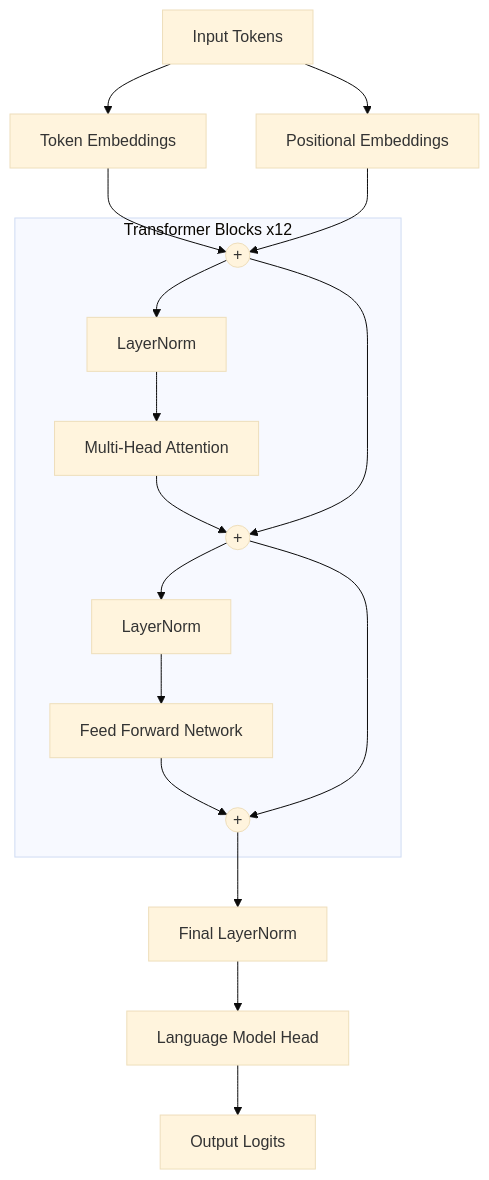
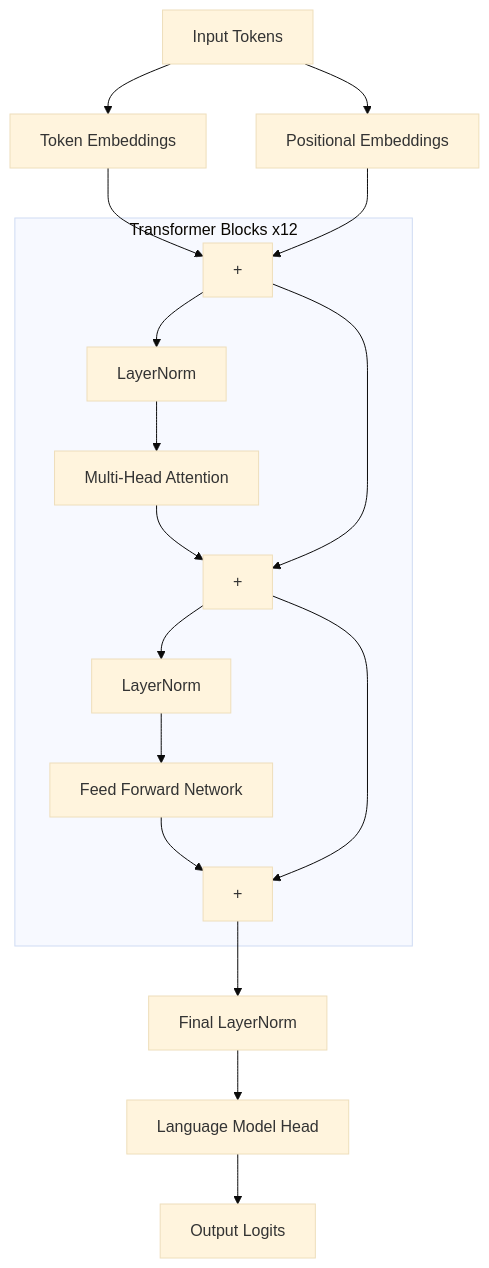
Before and after one commit to prateekcaire/GPT2-VictorianStories: the first of 4 diagrams in victorian-stories-gpt/README.md, drawn with Mermaid (base theme).

Commit message:
fix model architecture

````diff
--- a/victorian-stories-gpt/README.md
+++ b/victorian-stories-gpt/README.md
@@ -45,38 +45,39 @@
 ```mermaid
 flowchart TB
     Input[Input Tokens]
     TokenEmb[Token Embeddings]
     PosEmb[Positional Embeddings]
-    Add1((+))
+    Add1["+"]
     
     Input --> TokenEmb
     Input --> PosEmb
     TokenEmb --> Add1
     PosEmb --> Add1
     
     subgraph TransformerBlock[Transformer Blocks x12]
         LN1[LayerNorm]
         MHA[Multi-Head Attention]
-        Add2((+))
+        Add2["+"]
         LN2[LayerNorm]
         FFN[Feed Forward Network]
-        Add3((+))
+        Add3["+"]
         
         Add1 --> LN1
         LN1 --> MHA
         MHA --> Add2
-        Add1 --> Add2
+        Add1 ---> Add2
         Add2 --> LN2
         LN2 --> FFN
         FFN --> Add3
-        Add2 --> Add3
+        Add2 ---> Add3
     end
     
     FinalLN[Final LayerNorm]
     LMHead[Language Model Head]
     Output[Output Logits]
     
     Add3 --> FinalLN
     FinalLN --> LMHead
     LMHead --> Output
+    class Add1,Add2,Add3 addition
 ```
````
